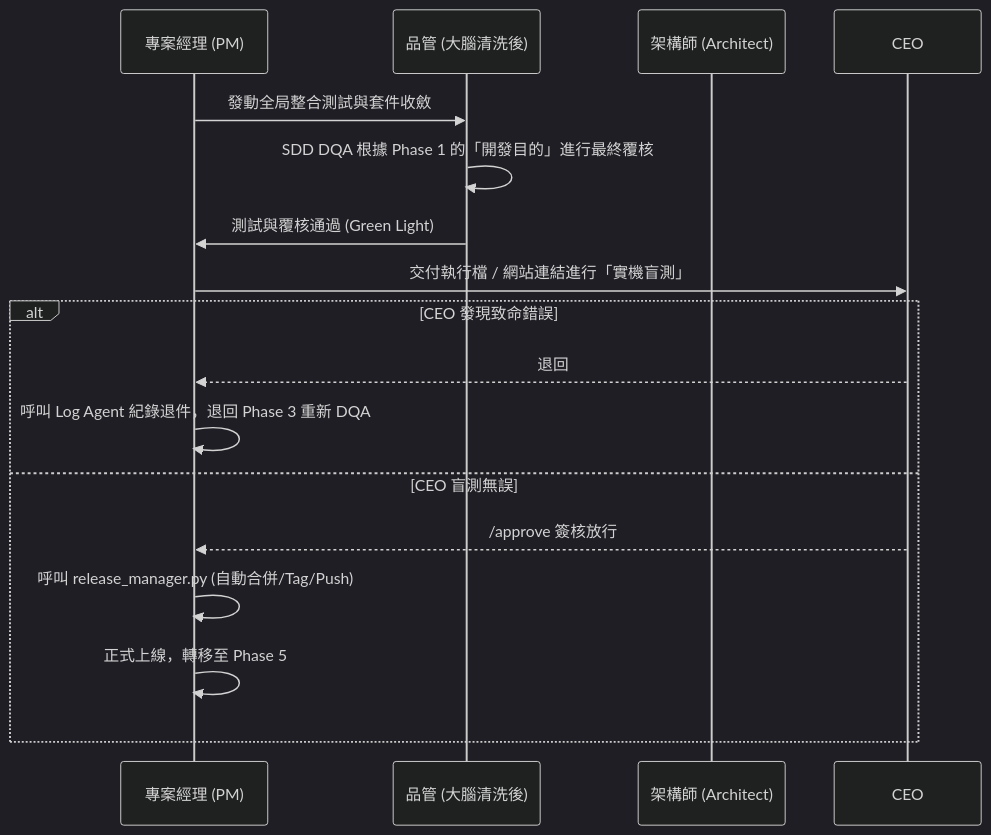
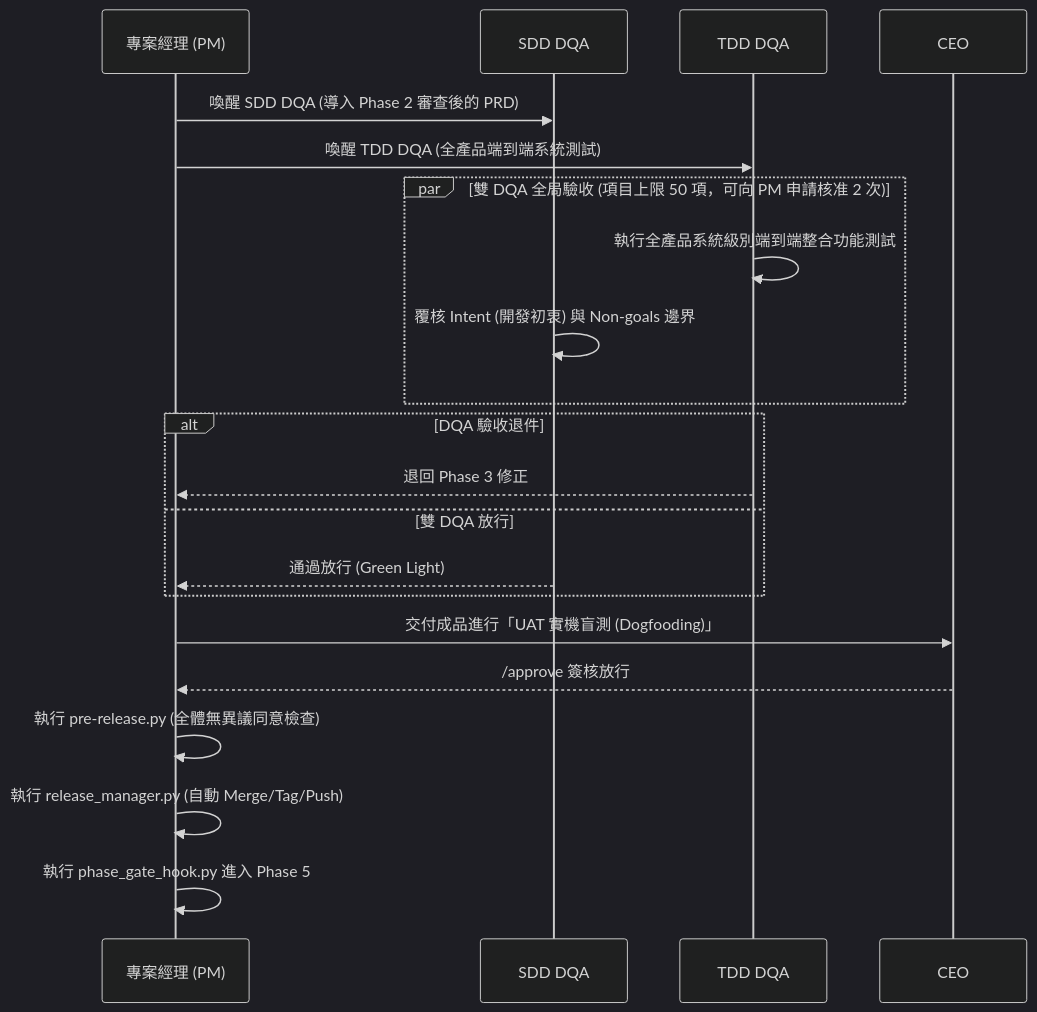
One commit to vip3310495-Johnny/Johnny-project-team-plugin changed the sixth of 8 diagrams in README.md. Above: the diagram before and after it, drawn with Mermaid (dark theme). The commit also changed other lines of this file, not shown here.

Commit message:
docs: update README.md workflow and detailed sequence diagrams for v2.0.0

````diff
--- a/README.md
+++ b/README.md
@@ -224,21 +219,27 @@
 ```mermaid
 sequenceDiagram
     participant PM as 專案經理 (PM)
-    participant DQA as 品管 (大腦清洗後)
-    participant Arch as 架構師 (Architect)
+    participant SDD as SDD DQA
+    participant TDD as TDD DQA
     participant CEO
     
-    PM->>DQA: 發動全局整合測試與套件收斂
-    DQA->>DQA: SDD DQA 根據 Phase 1 的「開發目的」進行最終覆核
-    DQA->>PM: 測試與覆核通過 (Green Light)
+    PM->>SDD: 喚醒 SDD DQA (導入 Phase 2 審查後的 PRD)
+    PM->>TDD: 喚醒 TDD DQA (全產品端到端系統測試)
     
-    PM->>CEO: 交付執行檔 / 網站連結進行「實機盲測」
-    alt CEO 發現致命錯誤
-        CEO-->>PM: 退回
-        PM->>PM: 呼叫 Log Agent 紀錄退件，退回 Phase 3 重新 DQA
-    else CEO 盲測無誤
-        CEO-->>PM: /approve 簽核放行
-        PM->>PM: 呼叫 release_manager.py (自動合併/Tag/Push)
-        PM->>PM: 正式上線，轉移至 Phase 5
+    par 雙 DQA 全局驗收 (項目上限 50 項，可向 PM 申請核准 2 次)
+        TDD->>TDD: 執行全產品系統級別端到端整合功能測試
+        SDD->>SDD: 覆核 Intent (開發初衷) 與 Non-goals 邊界
     end
+    
+    alt DQA 驗收退件
+        TDD-->>PM: 退回 Phase 3 修正
+    else 雙 DQA 放行
+        SDD-->>PM: 通過放行 (Green Light)
+    end
+    
+    PM->>CEO: 交付成品進行「UAT 實機盲測 (Dogfooding)」
+    CEO-->>PM: /approve 簽核放行
+    PM->>PM: 執行 pre-release.py (全體無異議同意檢查)
+    PM->>PM: 執行 release_manager.py (自動 Merge/Tag/Push)
+    PM->>PM: 執行 phase_gate_hook.py 進入 Phase 5
 ```
````
